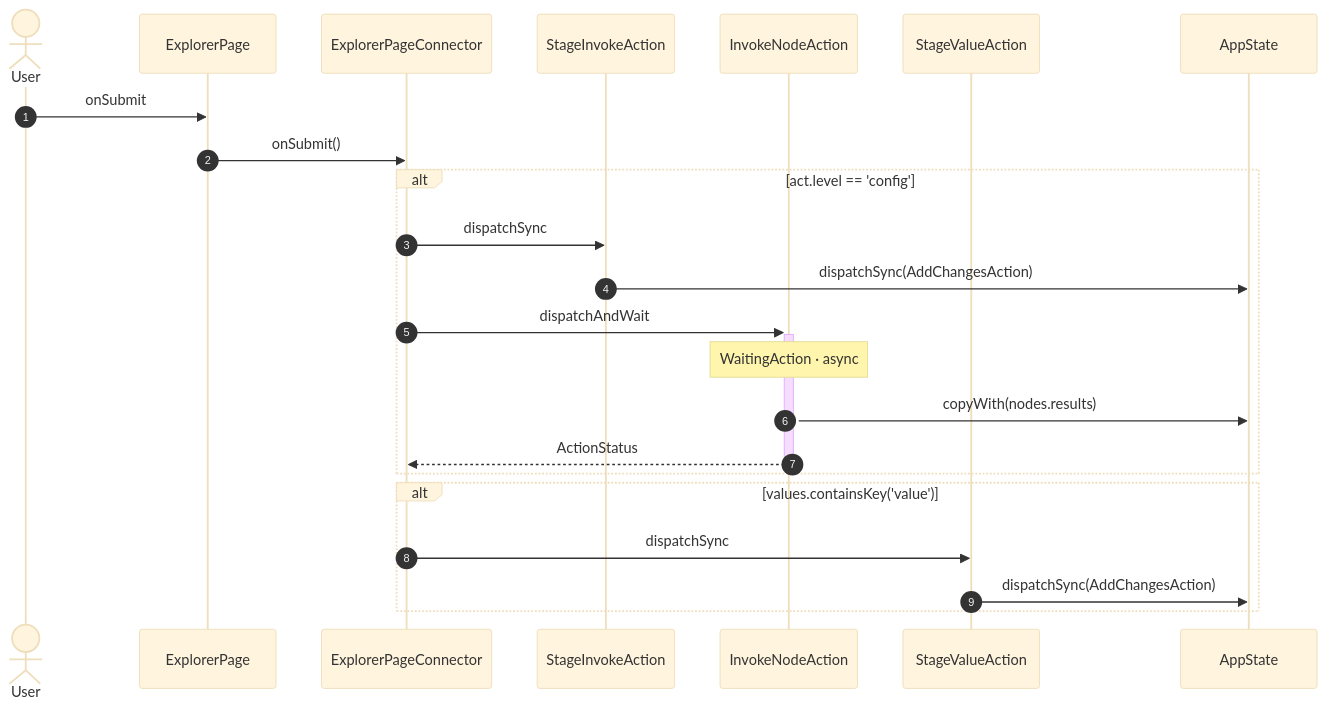
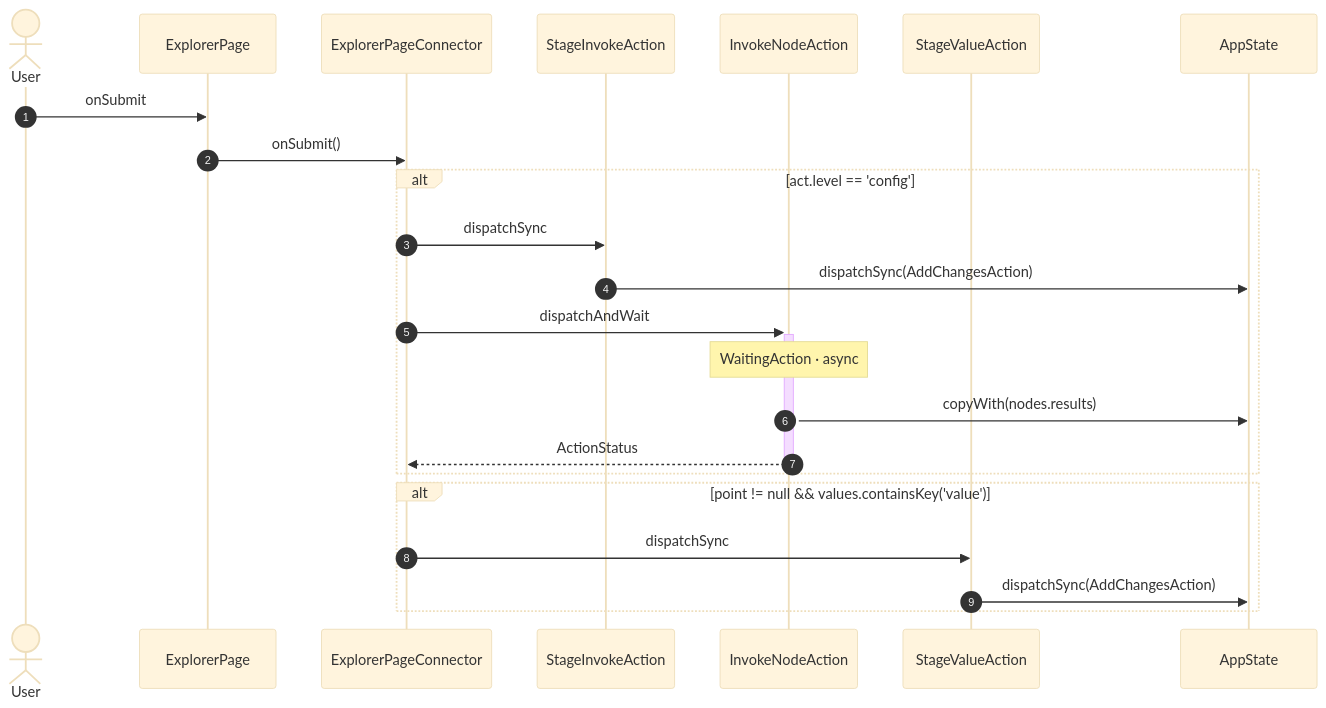
One commit to gencto/wyrm changed diagram 22 of 24 in studio/docs/flows/explorer.md. Above: the diagram before and after it, drawn with Mermaid (base theme). The commit also changed other lines of this file and 67 other files, not shown here.

````diff
--- a/studio/docs/flows/explorer.md
+++ b/studio/docs/flows/explorer.md
@@ -176,26 +412,26 @@
 ```mermaid
 sequenceDiagram
     autonumber
     actor User
     participant UI as ExplorerPage
     participant VM as ExplorerPageConnector
     participant A1 as StageInvokeAction
     participant A2 as InvokeNodeAction
     participant A3 as StageValueAction
     participant ST as AppState
 
     User->>UI: onSubmit
     UI->>VM: onSubmit()
     alt act.level == 'config'
         VM->>A1: dispatchSync
         A1->>ST: dispatchSync(AddChangesAction)
         VM->>+A2: dispatchAndWait
         Note over A2: WaitingAction · async
         A2->>ST: copyWith(nodes.results)
         A2-->>-VM: ActionStatus
     end
-    alt values.containsKey('value')
+    alt point != null && values.containsKey('value')
         VM->>A3: dispatchSync
         A3->>ST: dispatchSync(AddChangesAction)
     end
 ```
````
